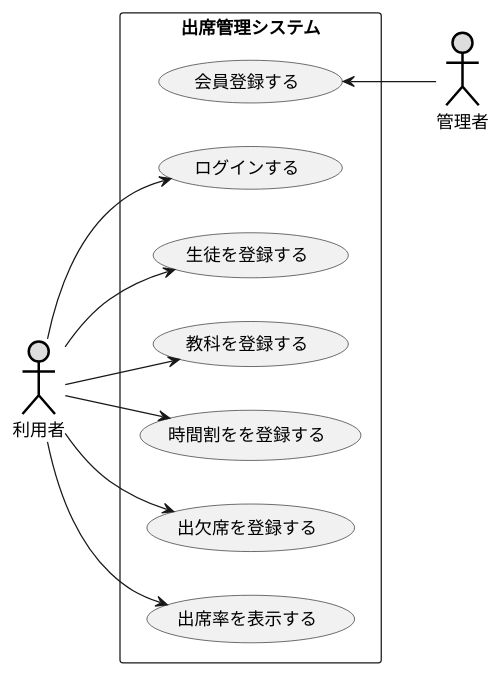
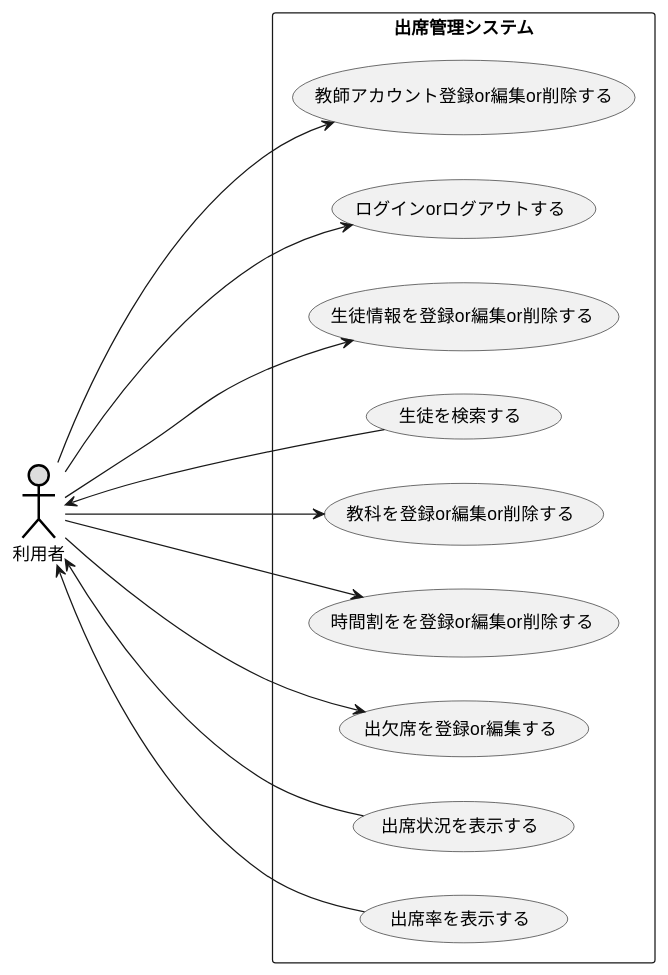
Before and after one commit to syutamorijyobi/attendance_management: the diagram in test.pu, drawn with PlantUML.

Commit message:
ユースケース図の編集

```diff
--- a/test.pu
+++ b/test.pu
@@ -1,21 +1,26 @@
 @startuml 出欠席管理システム
 left to right direction
 actor 利用者#DDDDDD;line:black;line.bold;
-actor 管理者#DDDDDD;line:black;line.bold;
+' actor 管理者#DDDDDD;line:black;line.bold;
 rectangle 出席管理システム {
-usecase 会員登録する 
-usecase ログインする
-usecase 生徒を登録する 
-usecase 教科を登録する
-usecase 時間割をを登録する
-usecase 出欠席を登録する
+usecase 教師アカウント登録or編集or削除する 
+usecase ログインorログアウトする
+usecase  生徒情報を登録or編集or削除する
+usecase 生徒を検索する 
+usecase 教科を登録or編集or削除する
+usecase 時間割をを登録or編集or削除する
+usecase 出欠席を登録or編集する
+usecase 出席状況を表示する
 usecase 出席率を表示する
 }
-会員登録する <-- 管理者
-利用者--> ログインする
-利用者--> 生徒を登録する
-利用者--> 教科を登録する
-利用者--> 時間割をを登録する
-利用者--> 出欠席を登録する
-利用者 --> 出席率を表示する
+' 教師アカウント登録or編集or削除する <-- 管理者
+利用者 --> 教師アカウント登録or編集or削除する
+利用者--> ログインorログアウトする
+利用者--> 生徒情報を登録or編集or削除する
+利用者 <-- 生徒を検索する
+利用者--> 教科を登録or編集or削除する
+利用者--> 時間割をを登録or編集or削除する 
+利用者--> 出欠席を登録or編集する
+利用者<--- 出席状況を表示する
+利用者<---- 出席率を表示する
 @enduml
```
